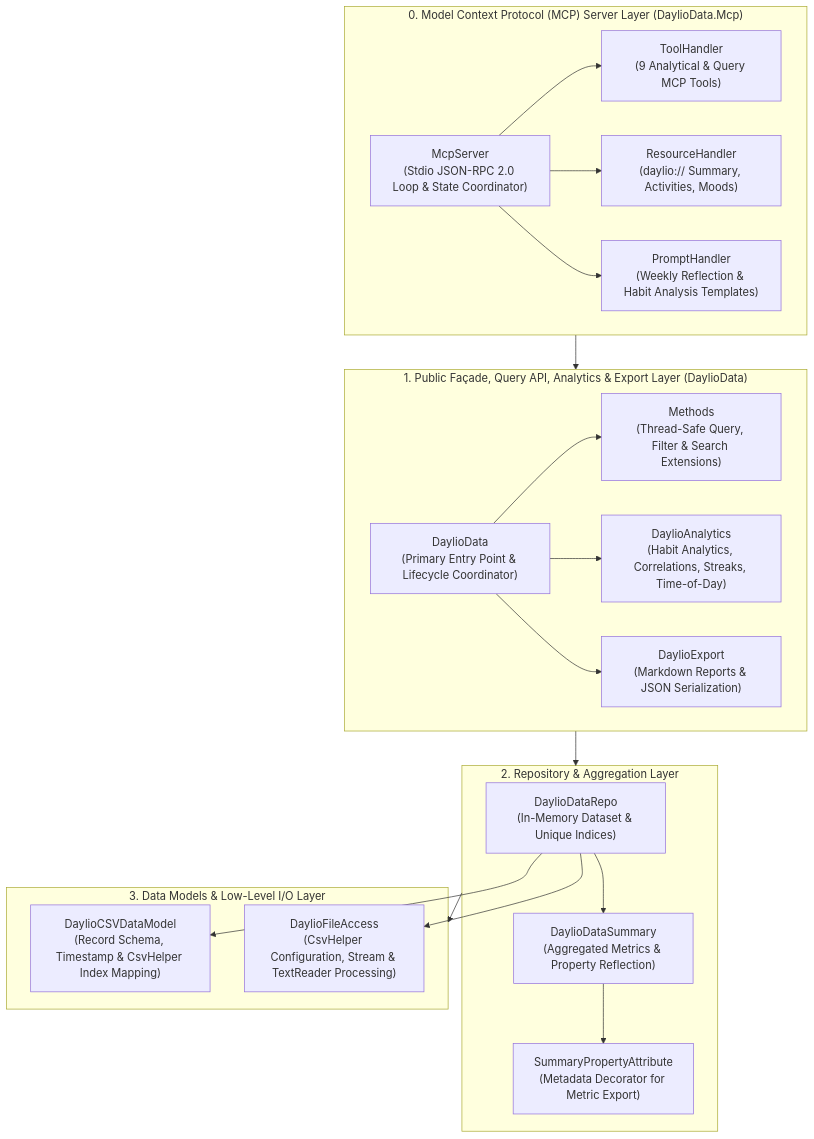
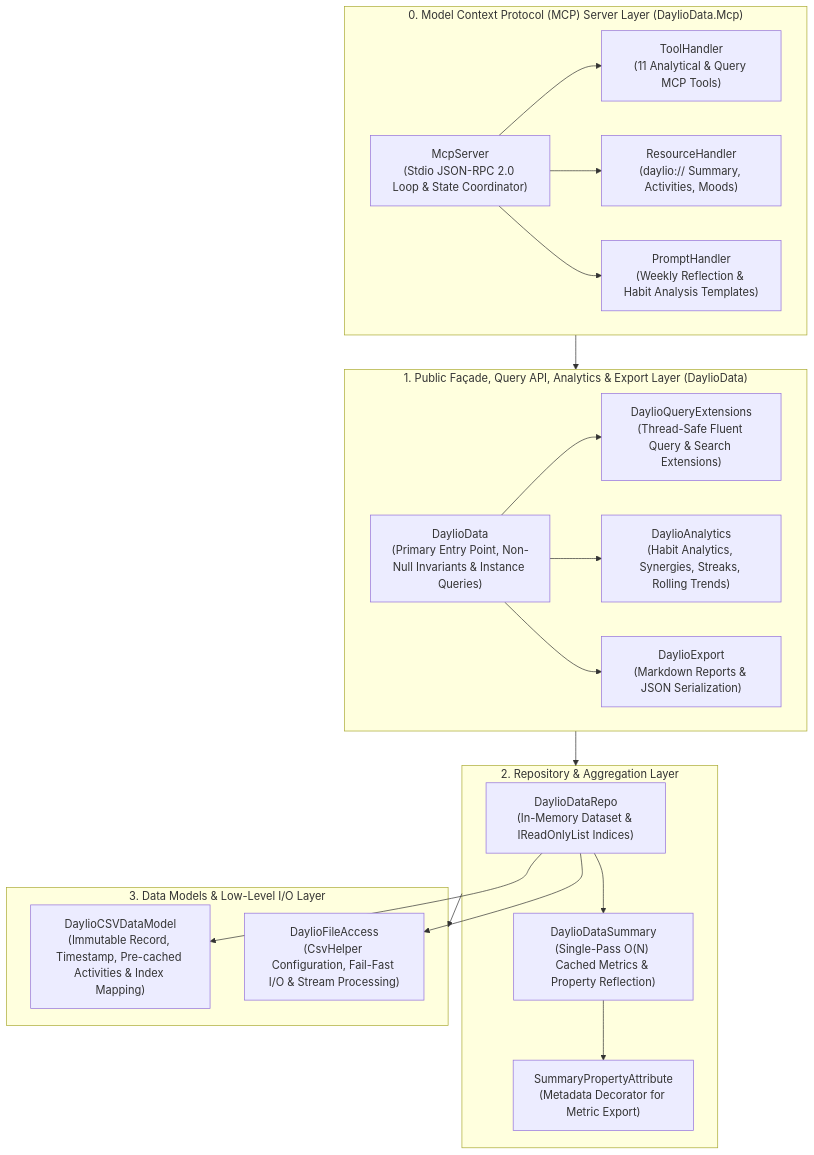
Before and after one commit to jav76/DaylioData: the diagram in docs/architecture/overview.md, drawn with Mermaid. The commit also changed other lines of this file and 18 other files, not shown here.

First line of the commit message:
release: v1.0.0-beta.1 - Remove Deprecated Methods, Introduce Instance Queries, Immutable Records, and Cached Summary Metrics (#43)

````diff
--- a/docs/architecture/overview.md
+++ b/docs/architecture/overview.md
@@ -11,41 +11,41 @@
 ```mermaid
 flowchart TB
     subgraph Layer0["0. Model Context Protocol (MCP) Server Layer (DaylioData.Mcp)"]
         Server["McpServer<br/>(Stdio JSON-RPC 2.0 Loop & State Coordinator)"]
-        Tools["ToolHandler<br/>(9 Analytical & Query MCP Tools)"]
+        Tools["ToolHandler<br/>(11 Analytical & Query MCP Tools)"]
         Resources["ResourceHandler<br/>(daylio:// Summary, Activities, Moods)"]
         Prompts["PromptHandler<br/>(Weekly Reflection & Habit Analysis Templates)"]
         Server --> Tools
         Server --> Resources
         Server --> Prompts
     end
 
     subgraph Layer1["1. Public Façade, Query API, Analytics & Export Layer (DaylioData)"]
-        Facade["DaylioData<br/>(Primary Entry Point & Lifecycle Coordinator)"]
-        Methods["Methods<br/>(Thread-Safe Query, Filter & Search Extensions)"]
-        Analytics["DaylioAnalytics<br/>(Habit Analytics, Correlations, Streaks, Time-of-Day)"]
+        Facade["DaylioData<br/>(Primary Entry Point, Non-Null Invariants & Instance Queries)"]
+        QueryExt["DaylioQueryExtensions<br/>(Thread-Safe Fluent Query & Search Extensions)"]
+        Analytics["DaylioAnalytics<br/>(Habit Analytics, Synergies, Streaks, Rolling Trends)"]
         Export["DaylioExport<br/>(Markdown Reports & JSON Serialization)"]
-        Facade --> Methods
+        Facade --> QueryExt
         Facade --> Analytics
         Facade --> Export
     end
 
     subgraph Layer2["2. Repository & Aggregation Layer"]
-        Repo["DaylioDataRepo<br/>(In-Memory Dataset & Unique Indices)"]
-        Summary["DaylioDataSummary<br/>(Aggregated Metrics & Property Reflection)"]
+        Repo["DaylioDataRepo<br/>(In-Memory Dataset & IReadOnlyList Indices)"]
+        Summary["DaylioDataSummary<br/>(Single-Pass O(N) Cached Metrics & Property Reflection)"]
         Attr["SummaryPropertyAttribute<br/>(Metadata Decorator for Metric Export)"]
         Repo --> Summary
         Summary --> Attr
     end
 
     subgraph Layer3["3. Data Models & Low-Level I/O Layer"]
-        Model["DaylioCSVDataModel<br/>(Record Schema, Timestamp & CsvHelper Index Mapping)"]
-        FileAccess["DaylioFileAccess<br/>(CsvHelper Configuration, Stream & TextReader Processing)"]
+        Model["DaylioCSVDataModel<br/>(Immutable Record, Timestamp, Pre-cached Activities & Index Mapping)"]
+        FileAccess["DaylioFileAccess<br/>(CsvHelper Configuration, Fail-Fast I/O & Stream Processing)"]
         Repo --> Model
         Repo --> FileAccess
     end
 
     Layer0 --> Layer1
     Layer1 --> Layer2
     Layer2 --> Layer3
 ```
````
